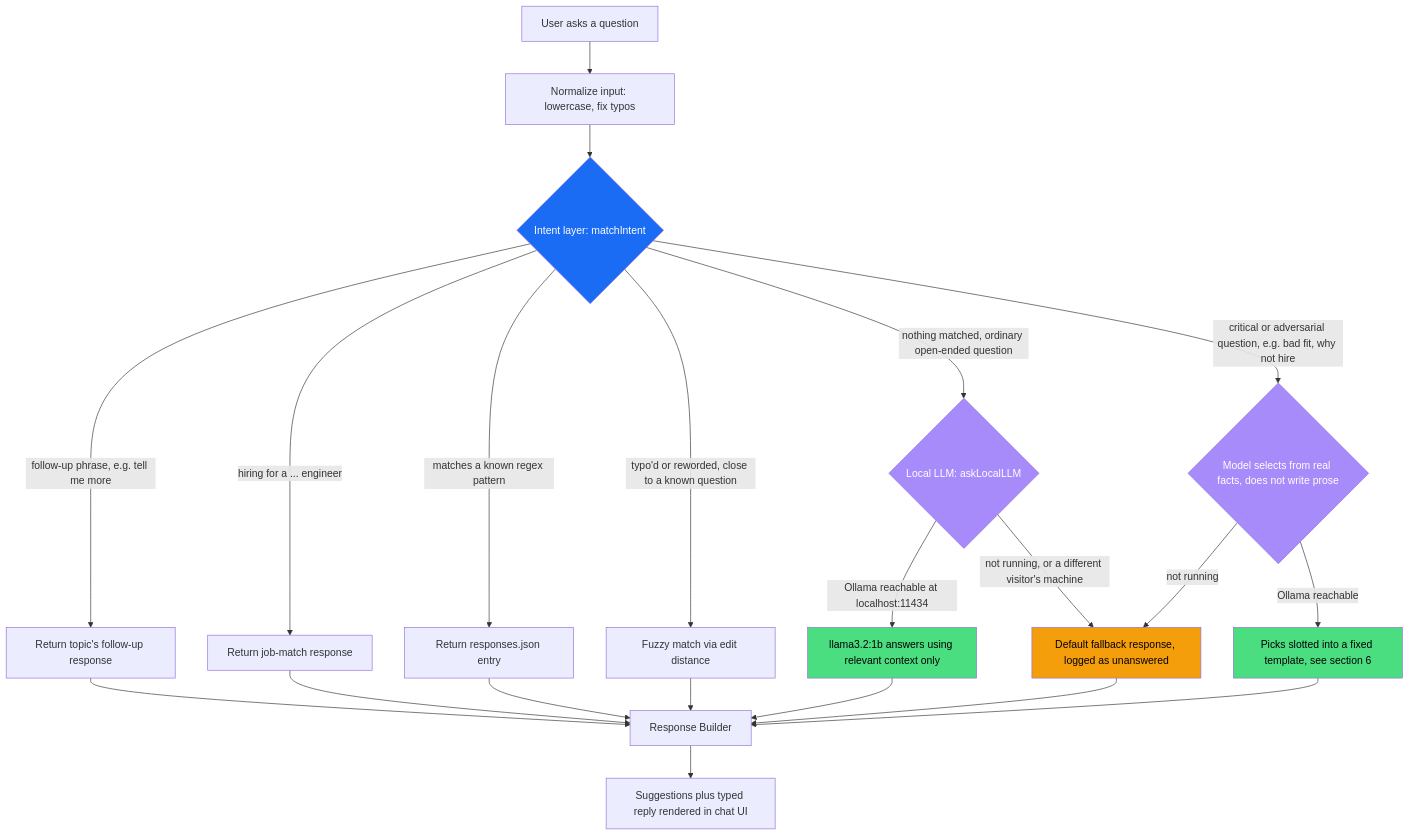
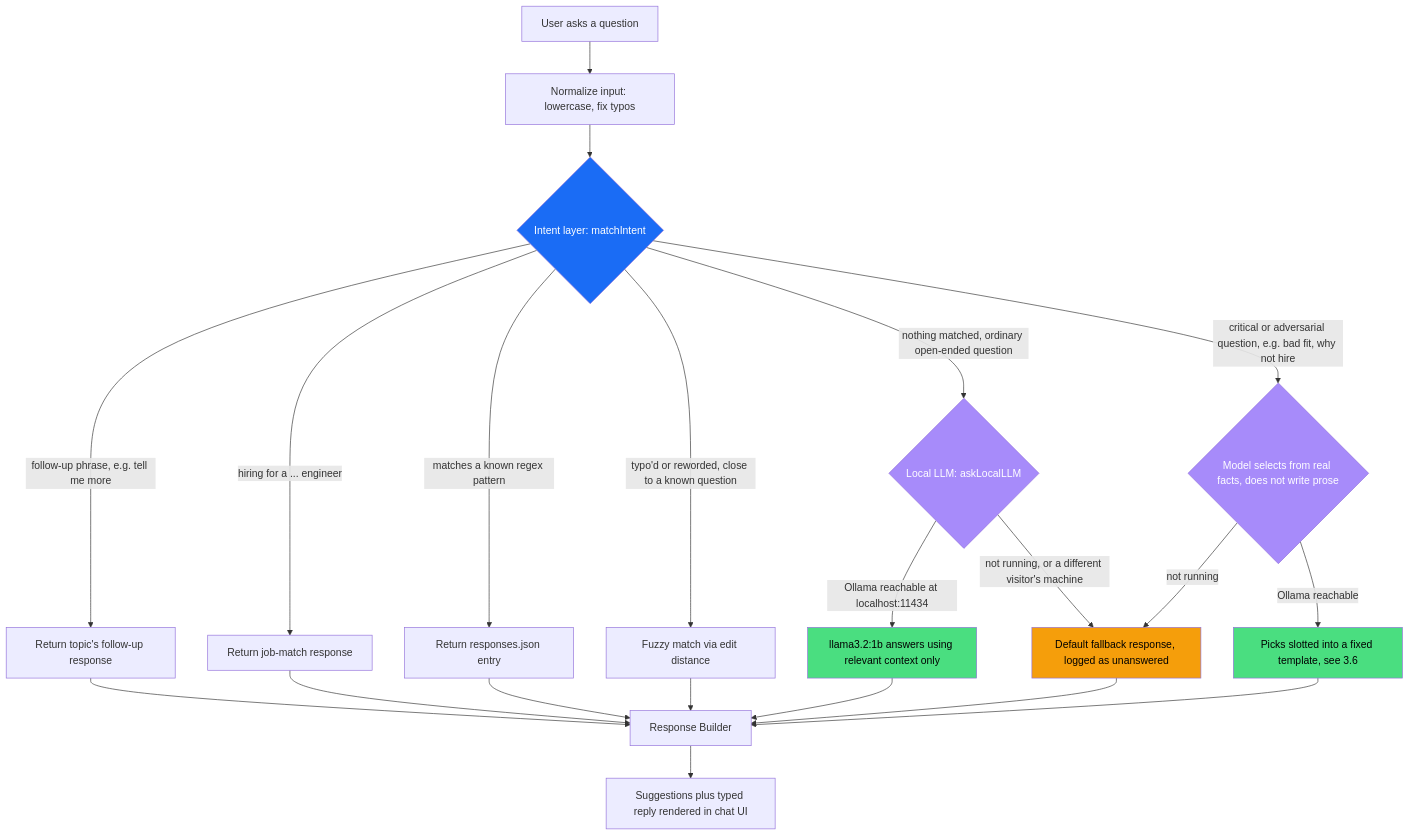
One commit to raianiket/raianiket.github.io changed the diagram in architecture.md. Above: the diagram before and after it, drawn with Mermaid. The commit also changed other lines of this file, not shown here.

First line of the commit message:
Rewrite architecture.md: Portfolio Design, Full Architecture, Chatbot

````diff
--- a/architecture.md
+++ b/architecture.md
@@ -13,33 +183,33 @@
 ```mermaid
 flowchart TD
     U[User asks a question] --> N[Normalize input: lowercase, fix typos]
     N --> I{Intent layer: matchIntent}
 
     I -->|critical or adversarial question, e.g. bad fit, why not hire| SEL{Model selects from real facts, does not write prose}
     I -->|follow-up phrase, e.g. tell me more| FU[Return topic's follow-up response]
     I -->|hiring for a ... engineer| JM[Return job-match response]
     I -->|matches a known regex pattern| RX[Return responses.json entry]
     I -->|typo'd or reworded, close to a known question| FZ[Fuzzy match via edit distance]
     I -->|nothing matched, ordinary open-ended question| LLM{Local LLM: askLocalLLM}
 
     LLM -->|Ollama reachable at localhost:11434| OK[llama3.2:1b answers using relevant context only]
     LLM -->|not running, or a different visitor's machine| DEF[Default fallback response, logged as unanswered]
-    SEL -->|Ollama reachable| TPL[Picks slotted into a fixed template, see section 6]
+    SEL -->|Ollama reachable| TPL[Picks slotted into a fixed template, see 3.6]
     SEL -->|not running| DEF
 
     FU --> R[Response Builder]
     JM --> R
     RX --> R
     FZ --> R
     OK --> R
     DEF --> R
     TPL --> R
     R --> S[Suggestions plus typed reply rendered in chat UI]
 
     style I fill:#1a6cf5,color:#fff
     style LLM fill:#a78bfa,color:#fff
     style SEL fill:#a78bfa,color:#fff
     style OK fill:#4ade80,color:#000
     style TPL fill:#4ade80,color:#000
     style DEF fill:#f59e0b,color:#000
 ```
````
